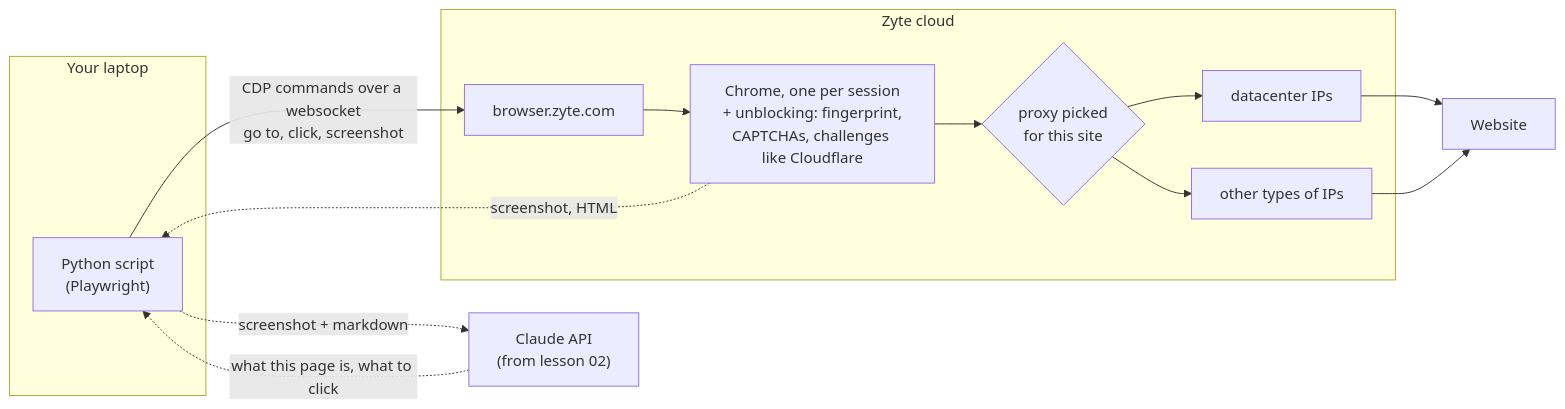
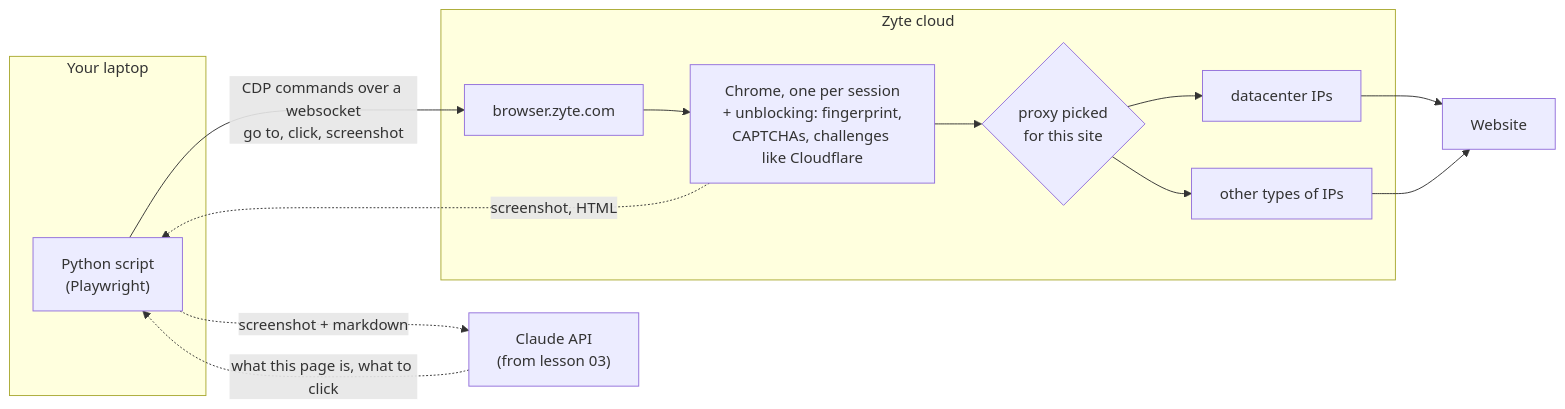
One commit to zytedata/extract-summit-26-browser-workshop changed the first of 2 diagrams in lessons/01-first-session/README.md. Above: the diagram before and after it, drawn with Mermaid. The commit also changed other lines of this file and 9 other files, not shown here.

````diff
--- a/lessons/01-first-session/README.md
+++ b/lessons/01-first-session/README.md
@@ -11,24 +11,24 @@
 ```mermaid
 flowchart LR
   subgraph laptop["Your laptop"]
     script["Python script<br/>(Playwright)"]
   end
   subgraph zyte["Zyte cloud"]
     gw["browser.zyte.com"]
     chrome["Chrome, one per session<br/>+ unblocking: fingerprint,<br/>CAPTCHAs, challenges like Cloudflare"]
     pick{"proxy picked<br/>for this site"}
     dc["datacenter IPs"]
     res["other types of IPs"]
   end
   site["Website"]
-  claude["Claude API<br/>(from lesson 02)"]
+  claude["Claude API<br/>(from lesson 03)"]
 
   script -- "CDP commands over a websocket<br/>go to, click, screenshot" --> gw
   gw --> chrome
   chrome --> pick
   pick --> dc --> site
   pick --> res --> site
   chrome -. "screenshot, HTML" .-> script
   script -. "screenshot + markdown" .-> claude
   claude -. "what this page is, what to click" .-> script
 ```
````
